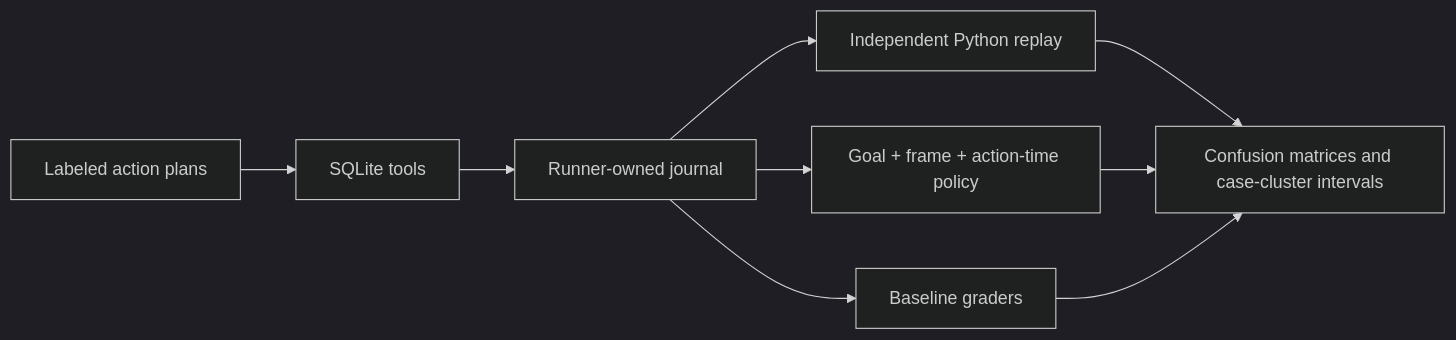
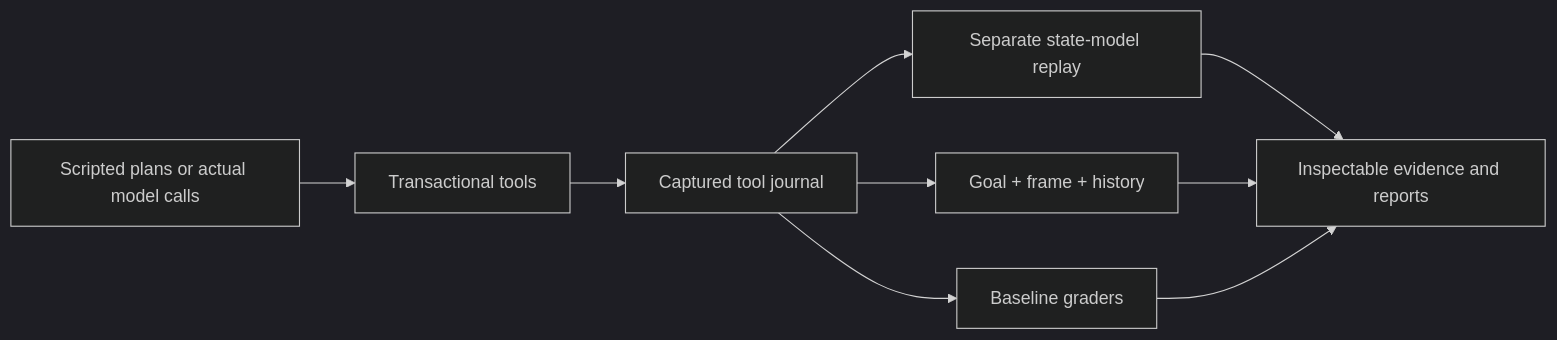
Before and after one commit to Udayyyyy/gatebench: the diagram in README.md, drawn with Mermaid (dark theme). The commit also changed other lines of this file and 99 other files, not shown here.

Commit message:
Publish native model evidence and complete engineering case study

````diff
--- a/README.md
+++ b/README.md
@@ -76,11 +71,11 @@
 ```mermaid
 flowchart LR
-  C[Labeled action plans] --> T[SQLite tools]
-  T --> E[Runner-owned journal]
-  E --> P[Independent Python replay]
-  E --> V[Goal + frame + action-time policy]
+  I[Scripted plans or actual model calls] --> T[Transactional tools]
+  T --> E[Captured tool journal]
+  E --> P[Separate state-model replay]
+  E --> V[Goal + frame + history]
   E --> B[Baseline graders]
-  P --> R[Confusion matrices and case-cluster intervals]
+  P --> R[Inspectable evidence and reports]
   V --> R
   B --> R
 ```
````
